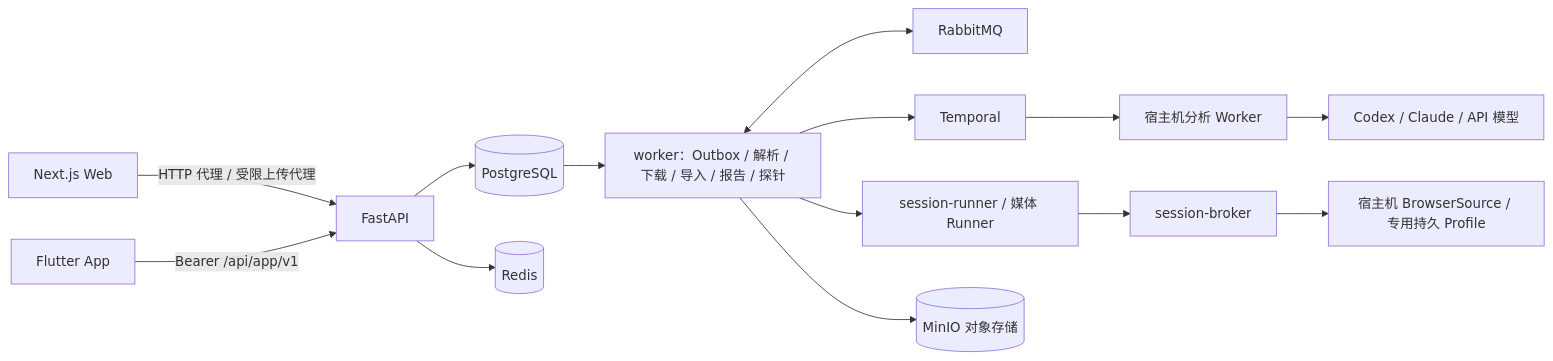
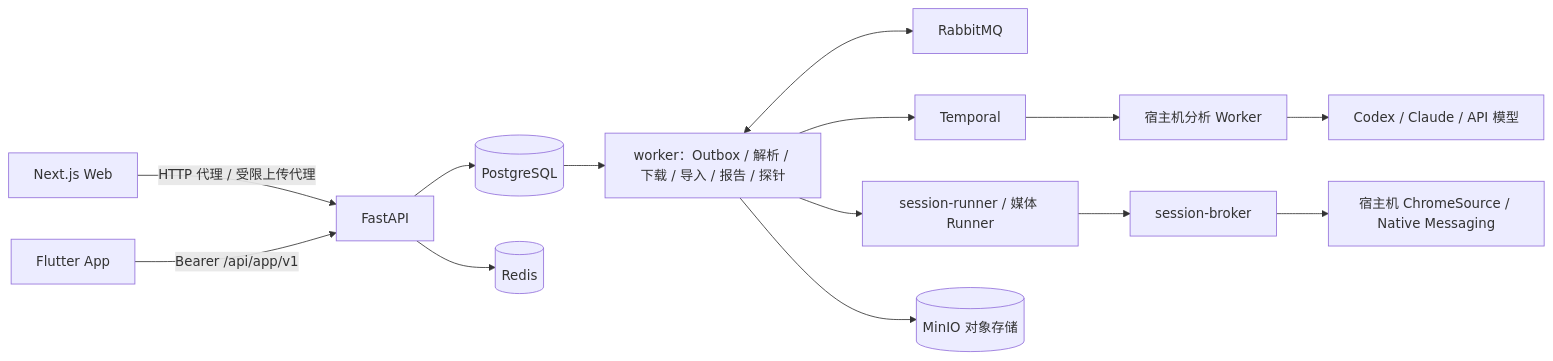
Before and after one commit to StephenQiu30/framefetch: the diagram in docs/design/02-总体架构.md, drawn with Mermaid. The commit also changed other lines of this file and 68 other files, not shown here.

````diff
--- a/docs/design/02-总体架构.md
+++ b/docs/design/02-总体架构.md
@@ -9,16 +9,16 @@
 ```mermaid
 flowchart LR
   Web[Next.js Web] -->|HTTP 代理 / 受限上传代理| API[FastAPI]
   App[Flutter App] -->|Bearer /api/app/v1| API
   API --> PG[(PostgreSQL)]
   API --> Redis[(Redis)]
   PG --> W[worker：Outbox / 解析 / 下载 / 导入 / 报告 / 探针]
   W <--> MQ[RabbitMQ]
   W --> T[Temporal]
   T --> AN[宿主机分析 Worker]
   W --> SR[session-runner / 媒体 Runner]
   SR --> Broker[session-broker]
-  Broker --> Agent[宿主机 BrowserSource / 专用持久 Profile]
+  Broker --> Agent[宿主机 ChromeSource / Native Messaging]
   W --> MinIO[(MinIO 对象存储)]
   AN --> AI[Codex / Claude / API 模型]
 ```
````
